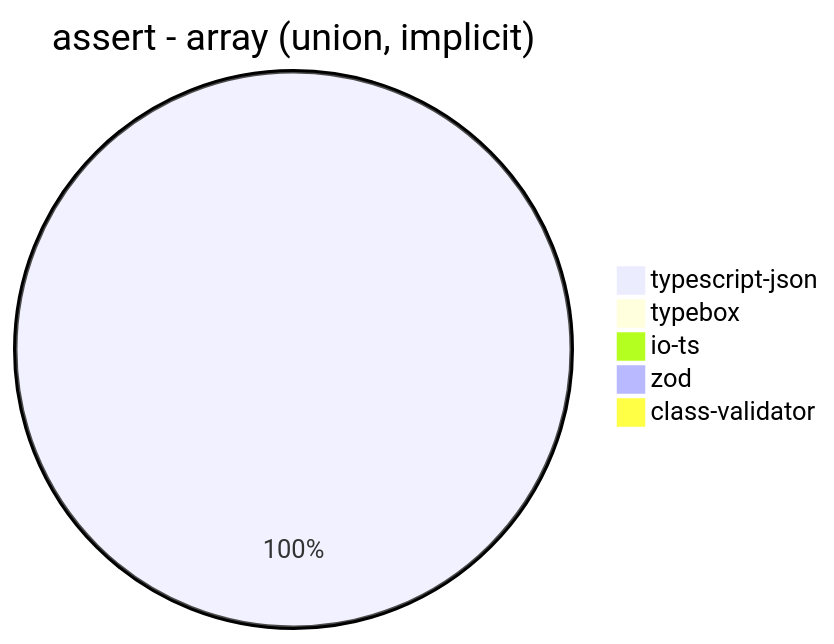
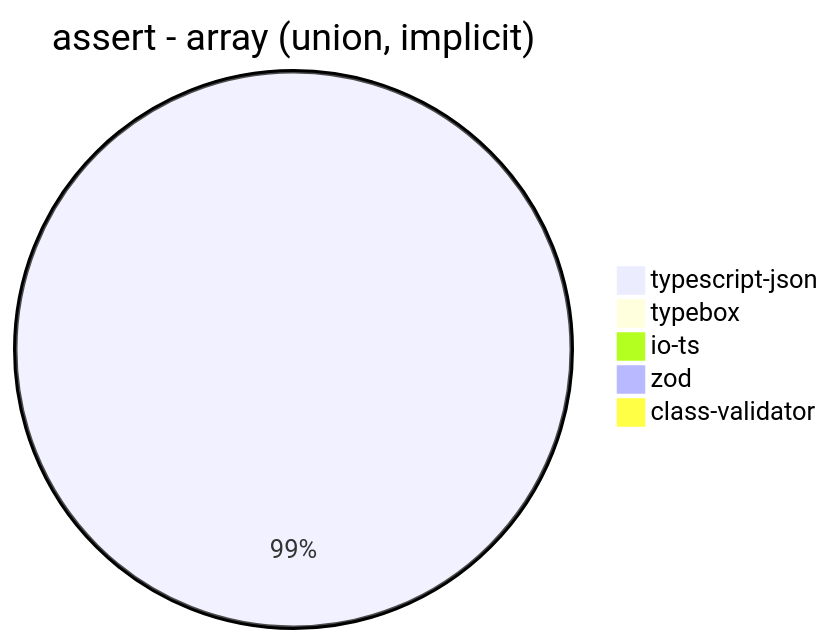
Before and after one commit to samchon/typia: diagram 15 of 39 in benchmark/results/11th Gen Intel(R) Core(TM) i5-1135G7 @ 2.40GHz.md, drawn with Mermaid. The commit also changed other lines of this file and 6 other files, not shown here.

````diff
--- a/benchmark/results/11th Gen Intel(R) Core(TM) i5-1135G7 @ 2.40GHz.md
+++ b/benchmark/results/11th Gen Intel(R) Core(TM) i5-1135G7 @ 2.40GHz.md
@@ -186,8 +186,8 @@
 ```mermaid
 pie title assert - array (union, implicit)
-  "typescript-json": 1079.6718322698268
+  "typescript-json": 1131.6273932253314
   "typebox": 0
   "io-ts": 0
-  "zod": 0
-  "class-validator": 0
+  "zod": 1.689189189189189
+  "class-validator": 4.715270221254987
 ```
````
